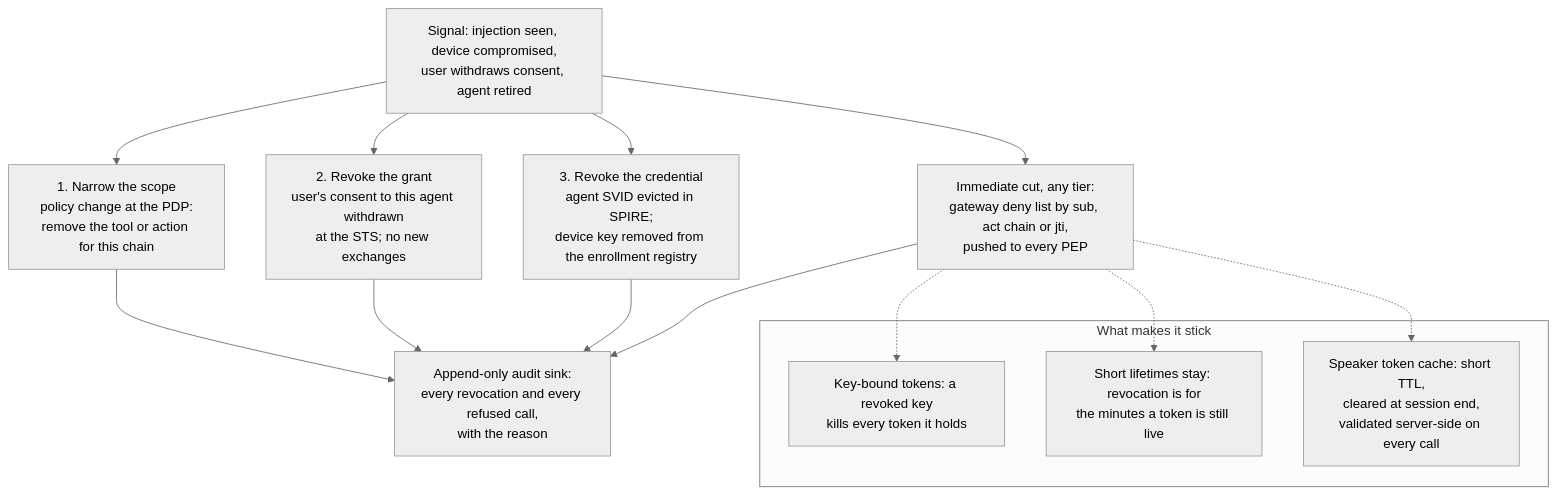
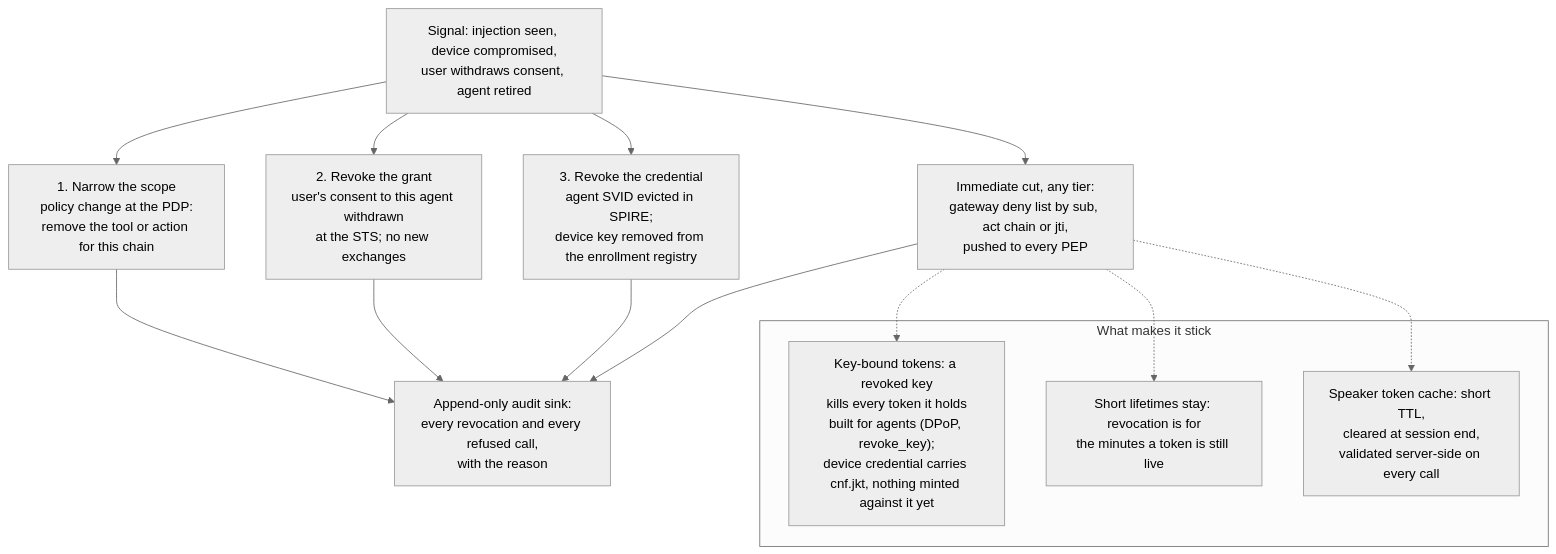
The fifth of 5 diagrams in security/DIAGRAMS.md (ianisms/ai-orchestrator), drawn with Mermaid (neutral theme) before and after one commit. The commit also changed other lines of this file and 16 other files, not shown here.

First line of the commit message:
feat(security): DPoP sender-constrained tokens across the exchange chain (threat 1)

````diff
--- a/security/DIAGRAMS.md
+++ b/security/DIAGRAMS.md
@@ -227,24 +244,24 @@
 ```mermaid
 flowchart TD
     DETECT["Signal: injection seen, device compromised,<br/>user withdraws consent, agent retired"]
 
     DETECT --> SCOPE["1. Narrow the scope<br/>policy change at the PDP:<br/>remove the tool or action for this chain"]
     DETECT --> GRANT["2. Revoke the grant<br/>user's consent to this agent withdrawn<br/>at the STS; no new exchanges"]
     DETECT --> CRED["3. Revoke the credential<br/>agent SVID evicted in SPIRE;<br/>device key removed from the enrollment registry"]
     DETECT --> KILL["Immediate cut, any tier:<br/>gateway deny list by sub, act chain or jti,<br/>pushed to every PEP"]
 
     SCOPE --> AUDIT
     GRANT --> AUDIT
     CRED --> AUDIT
     KILL --> AUDIT
     AUDIT["Append-only audit sink:<br/>every revocation and every refused call,<br/>with the reason"]
 
     subgraph Binding["What makes it stick"]
-        KB["Key-bound tokens: a revoked key<br/>kills every token it holds"]
+        KB["Key-bound tokens: a revoked key<br/>kills every token it holds<br/>built for agents (DPoP, revoke_key);<br/>device credential carries cnf.jkt, nothing minted against it yet"]
         TTL2["Short lifetimes stay: revocation is for<br/>the minutes a token is still live"]
         CACHE["Speaker token cache: short TTL,<br/>cleared at session end,<br/>validated server-side on every call"]
     end
     KILL -.-> KB
     KILL -.-> TTL2
     KILL -.-> CACHE
 ```
````
